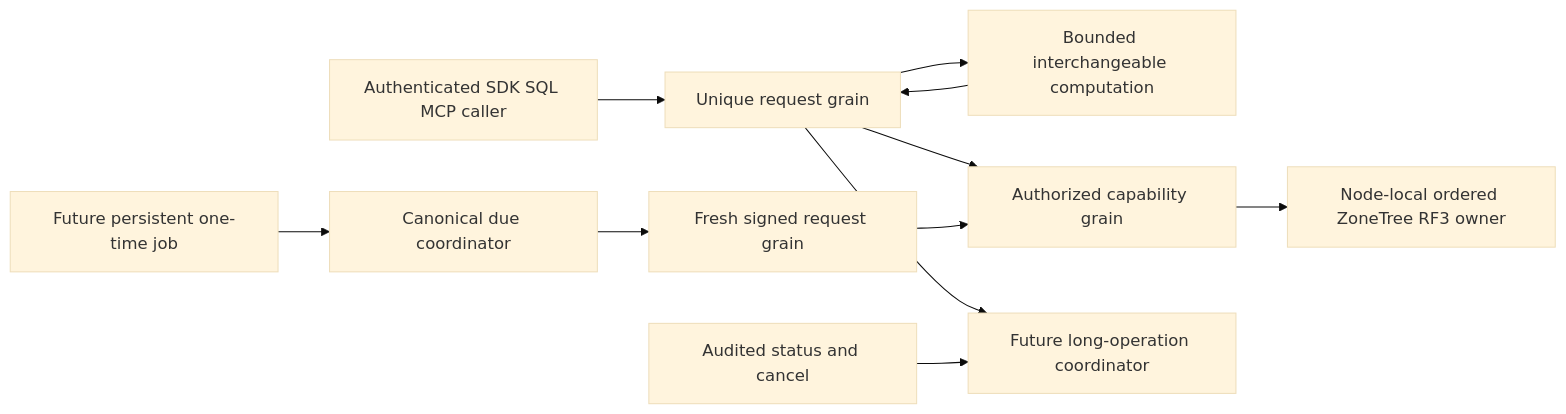
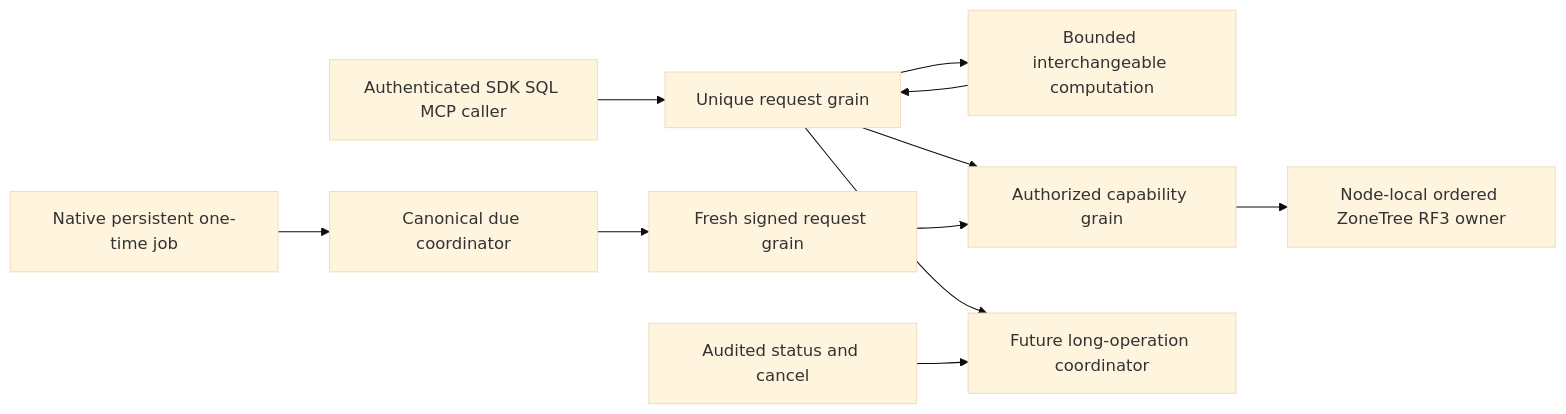
The diagram in docs/Features/ClusterRouting/ExecutionPrimitives.md (managedcode/KeyLoad), drawn with Mermaid (base theme) before and after one commit. The commit also changed other lines of this file and 464 other files, not shown here.

````diff
--- a/docs/Features/ClusterRouting/ExecutionPrimitives.md
+++ b/docs/Features/ClusterRouting/ExecutionPrimitives.md
@@ -112,13 +116,13 @@
 ```mermaid
 flowchart LR
     Caller[Authenticated SDK SQL MCP caller] --> Request[Unique request grain]
     Request --> Worker[Bounded interchangeable computation]
     Worker --> Request
     Request --> Capability[Authorized capability grain]
-    Job[Future persistent one-time job] --> Due[Canonical due coordinator]
+    Job[Native persistent one-time job] --> Due[Canonical due coordinator]
     Due --> Fresh[Fresh signed request grain]
     Fresh --> Capability
     Capability --> Host[Node-local ordered ZoneTree RF3 owner]
     Request --> Operation[Future long-operation coordinator]
     Control[Audited status and cancel] --> Operation
 ```
````
